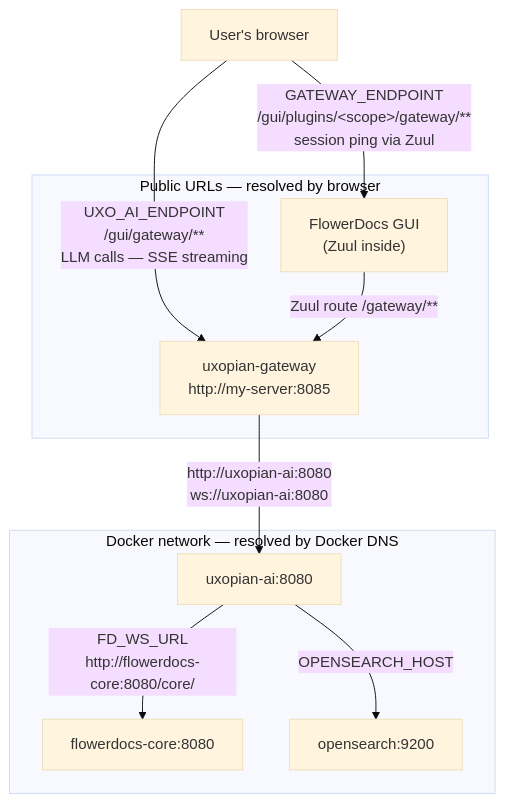
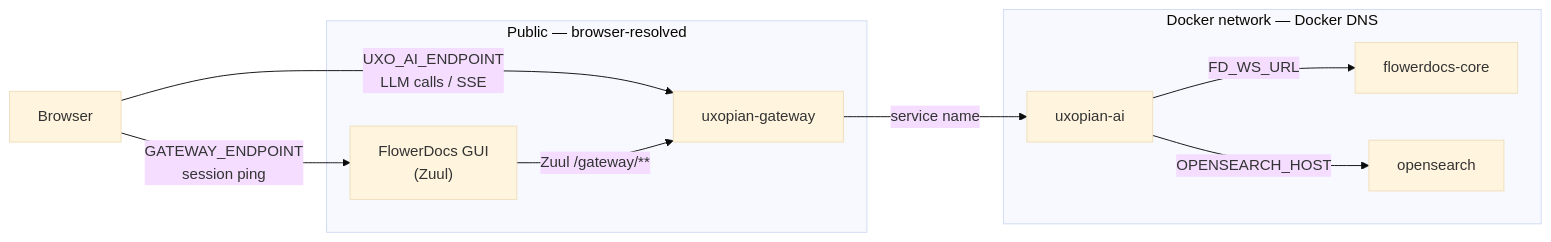
One commit to Uxopian/uxodocs changed the second of 2 diagrams in docs/uxopian-ai/installation/docker.md. Above: the diagram before and after it, drawn with Mermaid (base theme). The commit also changed other lines of this file, not shown here.

Commit message:
docs(uxopian-ai): fix overlapping labels in FlowerDocs network diagram
Use LR layout with short edge labels; move explanatory text to prose below.

````diff
--- a/docs/uxopian-ai/installation/docker.md
+++ b/docs/uxopian-ai/installation/docker.md
@@ -275,22 +275,22 @@
 ```mermaid
-flowchart TD
-    Browser["User's browser"]
+flowchart LR
+    Browser["Browser"]
 
-    subgraph public ["Public URLs — resolved by browser"]
-        FDGUI["FlowerDocs GUI<br/>(Zuul inside)"]
-        GW["uxopian-gateway<br/>http://my-server:8085"]
+    subgraph pub ["Public — browser-resolved"]
+        FDGUI["FlowerDocs GUI<br/>(Zuul)"]
+        GW["uxopian-gateway"]
     end
 
-    subgraph docker ["Docker network — resolved by Docker DNS"]
-        AI["uxopian-ai:8080"]
-        FDCore["flowerdocs-core:8080"]
-        OS["opensearch:9200"]
+    subgraph dock ["Docker network — Docker DNS"]
+        AI["uxopian-ai"]
+        FDCore["flowerdocs-core"]
+        OS["opensearch"]
     end
 
-    Browser -->|"GATEWAY_ENDPOINT<br/>/gui/plugins/&lt;scope&gt;/gateway/**<br/>session ping via Zuul"| FDGUI
-    Browser -->|"UXO_AI_ENDPOINT<br/>/gui/gateway/**<br/>LLM calls — SSE streaming"| GW
-    FDGUI -->|"Zuul route /gateway/**"| GW
-    GW -->|"http://uxopian-ai:8080<br/>ws://uxopian-ai:8080"| AI
-    AI -->|"FD_WS_URL<br/>http://flowerdocs-core:8080/core/"| FDCore
+    Browser -->|"GATEWAY_ENDPOINT<br/>session ping"| FDGUI
+    Browser -->|"UXO_AI_ENDPOINT<br/>LLM calls / SSE"| GW
+    FDGUI -->|"Zuul /gateway/**"| GW
+    GW -->|"service name"| AI
+    AI -->|"FD_WS_URL"| FDCore
     AI -->|"OPENSEARCH_HOST"| OS
 ```
````
